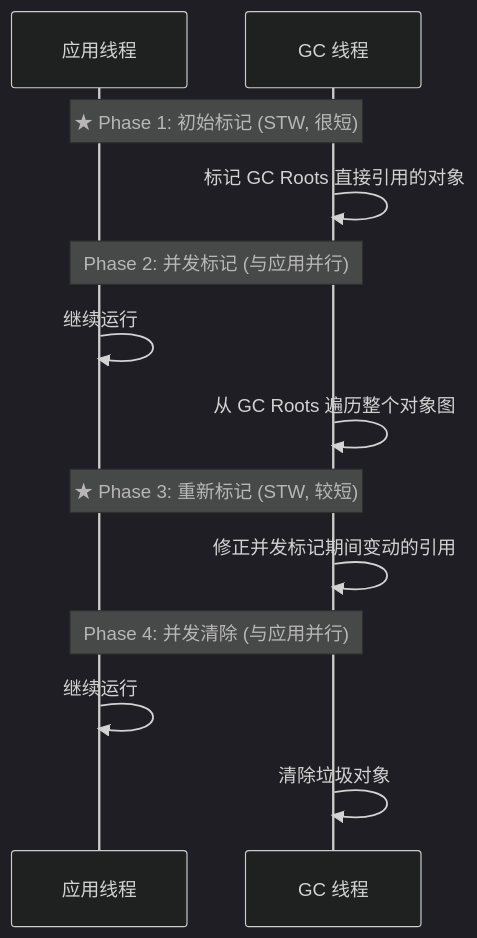
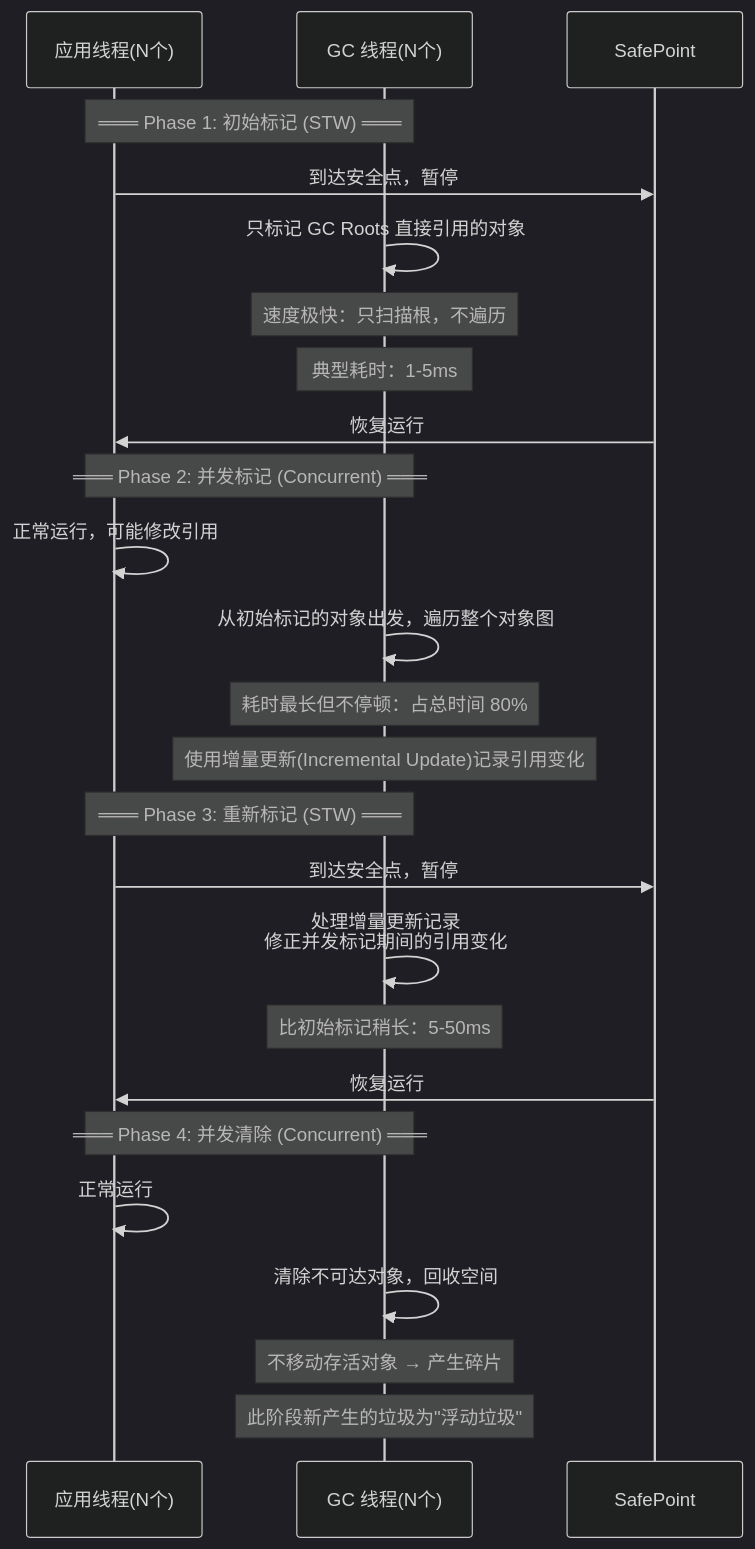
One commit to qigao0787-ops/gq-test changed the ninth of 34 diagrams in document/strengthen/性能调优面试总结_增强版.md. Above: the diagram before and after it, drawn with Mermaid (dark theme). The commit also changed other lines of this file, not shown here.

````diff
--- a/document/strengthen/性能调优面试总结_增强版.md
+++ b/document/strengthen/性能调优面试总结_增强版.md
@@ -254,19 +551,31 @@
 ```mermaid
 sequenceDiagram
-    participant App as 应用线程
-    participant GC as GC 线程
+    participant App as 应用线程(N个)
+    participant GC as GC 线程(N个)
+    participant OS as SafePoint
 
-    Note over App,GC: ★ Phase 1: 初始标记 (STW, 很短)
-    GC->>GC: 标记 GC Roots 直接引用的对象
+    Note over App,GC: ═══ Phase 1: 初始标记 (STW) ═══
+    App->>OS: 到达安全点，暂停
+    GC->>GC: 只标记 GC Roots 直接引用的对象
+    Note over GC: 速度极快：只扫描根，不遍历
+    Note over GC: 典型耗时：1-5ms
+    OS->>App: 恢复运行
 
-    Note over App,GC: Phase 2: 并发标记 (与应用并行)
-    App->>App: 继续运行
-    GC->>GC: 从 GC Roots 遍历整个对象图
+    Note over App,GC: ═══ Phase 2: 并发标记 (Concurrent) ═══
+    App->>App: 正常运行，可能修改引用
+    GC->>GC: 从初始标记的对象出发，遍历整个对象图
+    Note over GC: 耗时最长但不停顿：占总时间 80%
+    Note over GC: 使用增量更新(Incremental Update)记录引用变化
 
-    Note over App,GC: ★ Phase 3: 重新标记 (STW, 较短)
-    GC->>GC: 修正并发标记期间变动的引用
+    Note over App,GC: ═══ Phase 3: 重新标记 (STW) ═══
+    App->>OS: 到达安全点，暂停
+    GC->>GC: 处理增量更新记录<br/>修正并发标记期间的引用变化
+    Note over GC: 比初始标记稍长：5-50ms
+    OS->>App: 恢复运行
 
-    Note over App,GC: Phase 4: 并发清除 (与应用并行)
-    App->>App: 继续运行
-    GC->>GC: 清除垃圾对象
+    Note over App,GC: ═══ Phase 4: 并发清除 (Concurrent) ═══
+    App->>App: 正常运行
+    GC->>GC: 清除不可达对象，回收空间
+    Note over GC: 不移动存活对象 → 产生碎片
+    Note over GC: 此阶段新产生的垃圾为"浮动垃圾"
 ```
````
